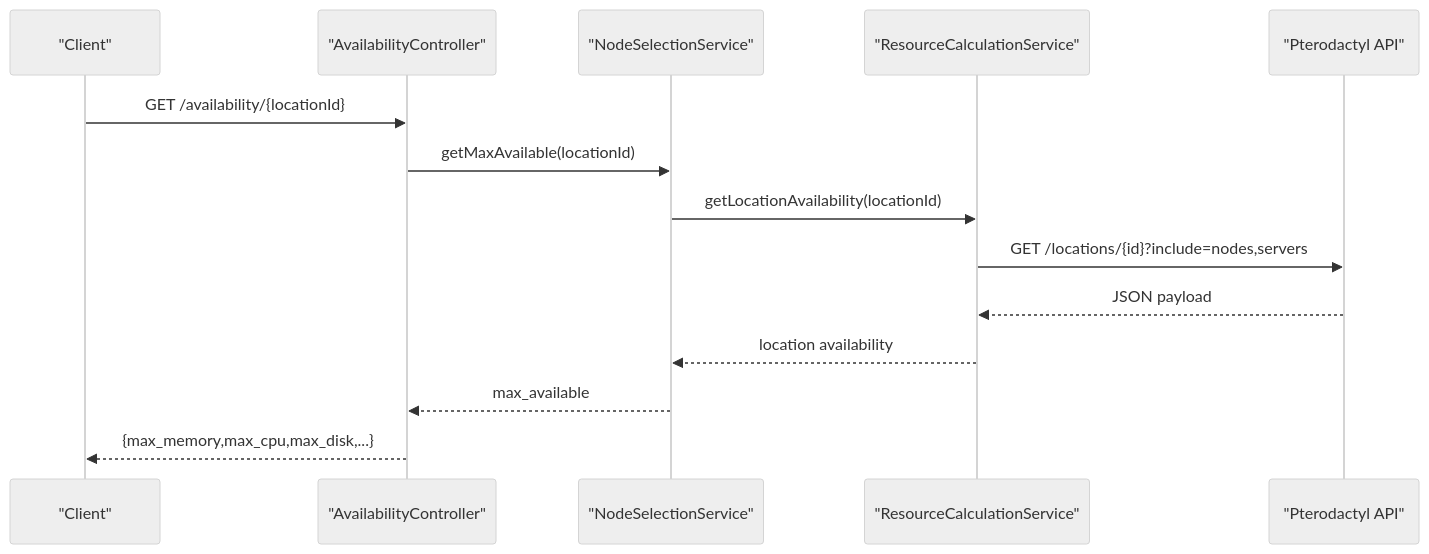
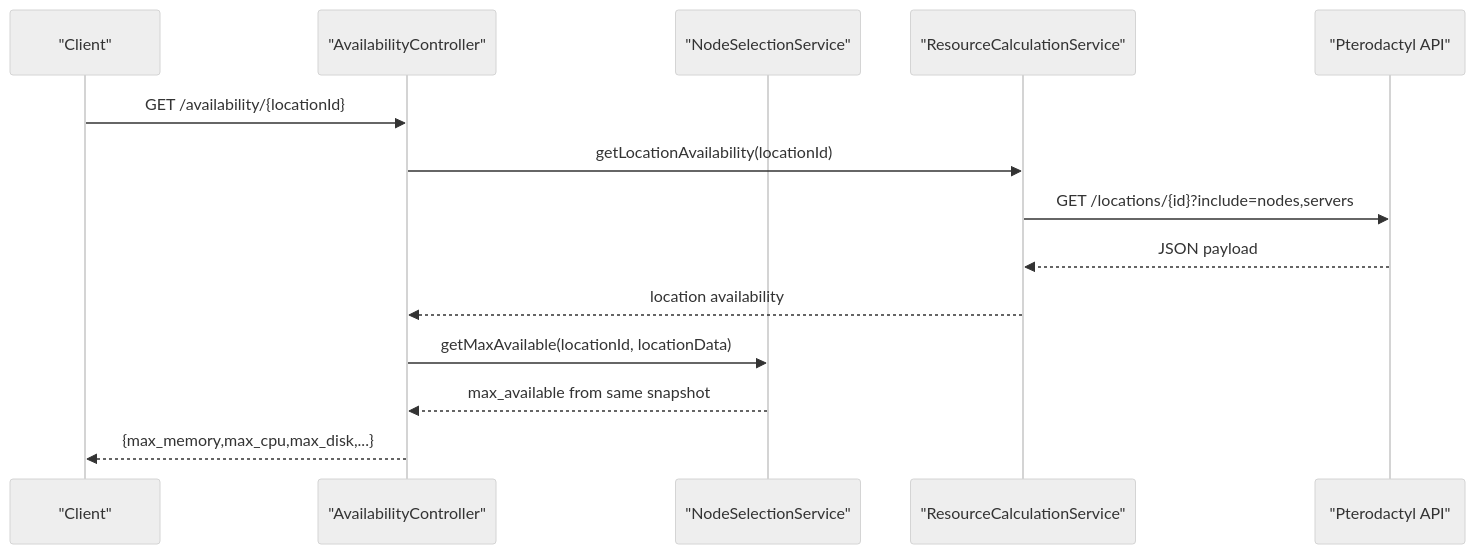
Before and after one commit to ObsidianNetwork/dynamic-pterodactyl: the second of 6 diagrams in .qoder/repowiki/en/content/Architecture Overview/Service Layer Design/Service Layer Design.md, drawn with Mermaid (neutral theme). The commit also changed 9 other files, not shown here.

````diff
--- a/.qoder/repowiki/en/content/Architecture Overview/Service Layer Design/Service Layer Design.md
+++ b/.qoder/repowiki/en/content/Architecture Overview/Service Layer Design/Service Layer Design.md
@@ -88,16 +88,16 @@
 ```mermaid
 sequenceDiagram
 participant C as "Client"
 participant A as "AvailabilityController"
 participant N as "NodeSelectionService"
 participant R as "ResourceCalculationService"
 participant P as "Pterodactyl API"
 C->>A : GET /availability/{locationId}
-A->>N : getMaxAvailable(locationId)
-N->>R : getLocationAvailability(locationId)
+A->>R : getLocationAvailability(locationId)
 R->>P : GET /locations/{id}?include=nodes,servers
 P-->>R : JSON payload
-R-->>N : location availability
-N-->>A : max_available
+R-->>A : location availability
+A->>N : getMaxAvailable(locationId, locationData)
+N-->>A : max_available from same snapshot
 A-->>C : {max_memory,max_cpu,max_disk,...}
 ```
````
